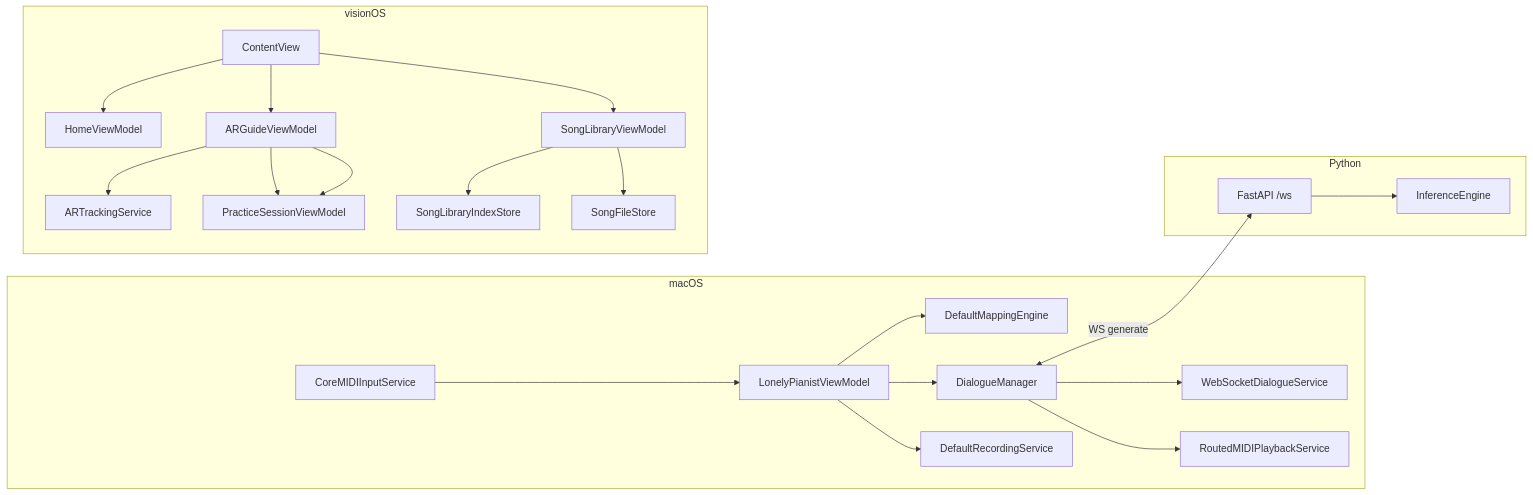
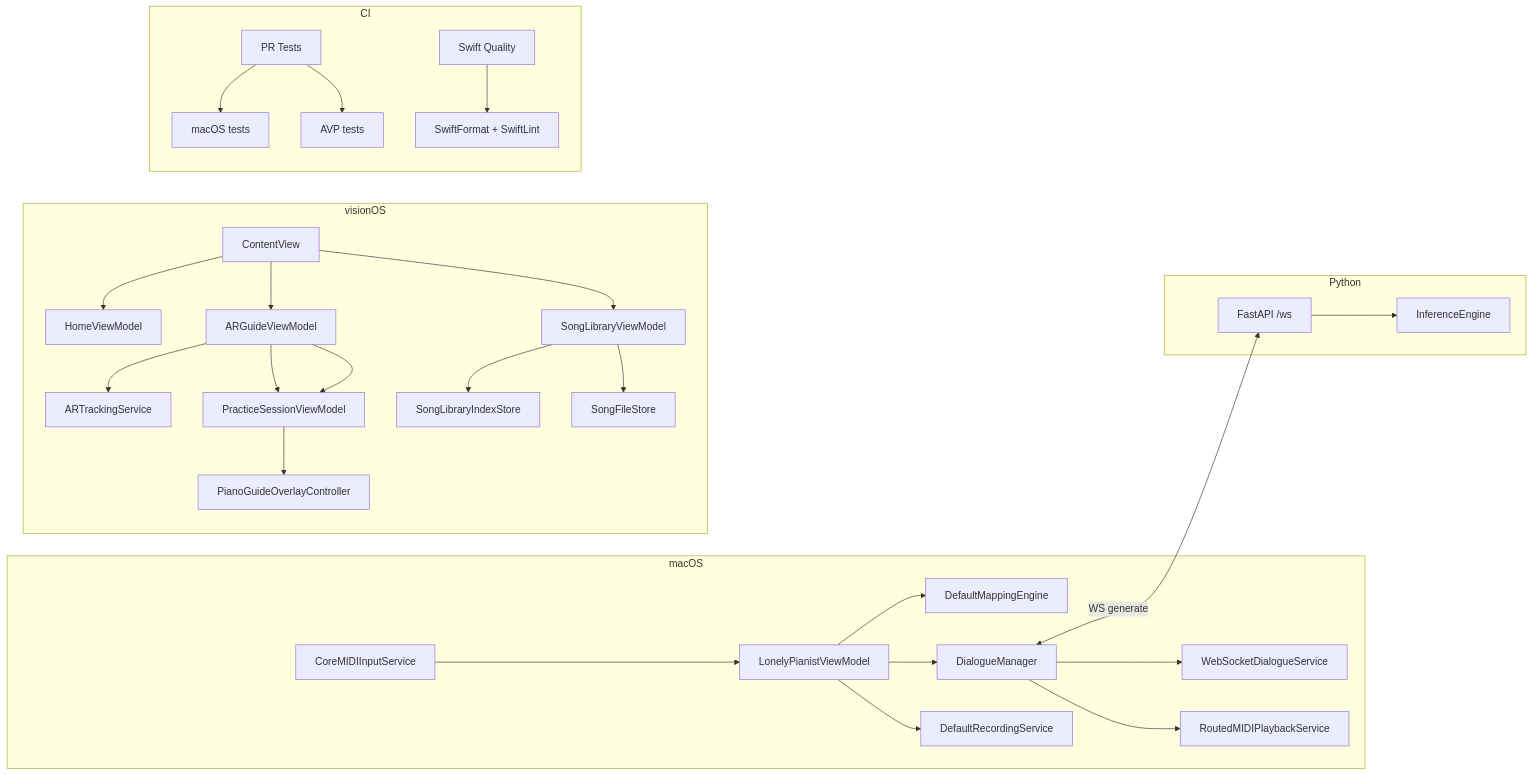
The diagram in .github/deepwiki/architecture.md (chiimagnus/Amoroso), drawn with Mermaid before and after one commit. The commit also changed other lines of this file, not shown here.

Commit message:
Update deepwiki architecture for CI and light beam guide

````diff
--- a/.github/deepwiki/architecture.md
+++ b/.github/deepwiki/architecture.md
@@ -24,28 +28,35 @@
 ```mermaid
 flowchart LR
   subgraph macOS
     A[CoreMIDIInputService] --> B[LonelyPianistViewModel]
     B --> C[DefaultMappingEngine]
     B --> D[DialogueManager]
     B --> E[DefaultRecordingService]
     D --> F[WebSocketDialogueService]
     D --> G[RoutedMIDIPlaybackService]
   end
 
   subgraph visionOS
     H[ContentView] --> I[HomeViewModel]
     H --> J[SongLibraryViewModel]
     H --> K[ARGuideViewModel]
     K --> L[ARTrackingService]
     K --> M[PracticeSessionViewModel]
-    J --> N[SongLibraryIndexStore]
-    J --> O[SongFileStore]
+    M --> N[PianoGuideOverlayController]
+    J --> O[SongLibraryIndexStore]
+    J --> P[SongFileStore]
   end
 
   subgraph Python
-    P[FastAPI /ws] --> Q[InferenceEngine]
+    Q[FastAPI /ws] --> R[InferenceEngine]
   end
 
-  D <-->|WS generate| P
+  subgraph CI
+    S[PR Tests] --> T[macOS tests]
+    S --> U[AVP tests]
+    V[Swift Quality] --> W[SwiftFormat + SwiftLint]
+  end
+
+  D <-->|WS generate| Q
   K --> M
 ```
````
